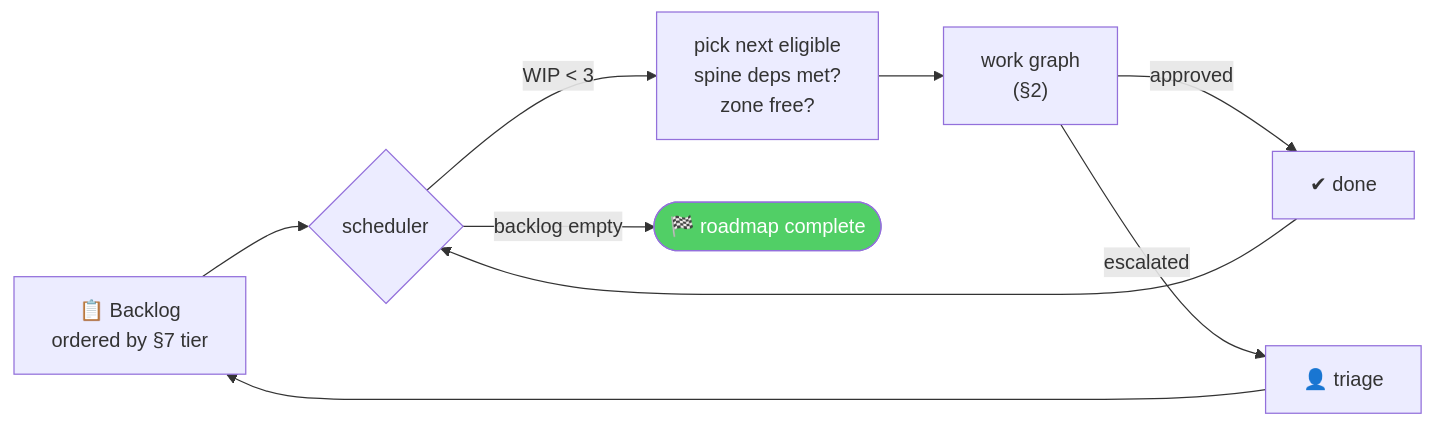
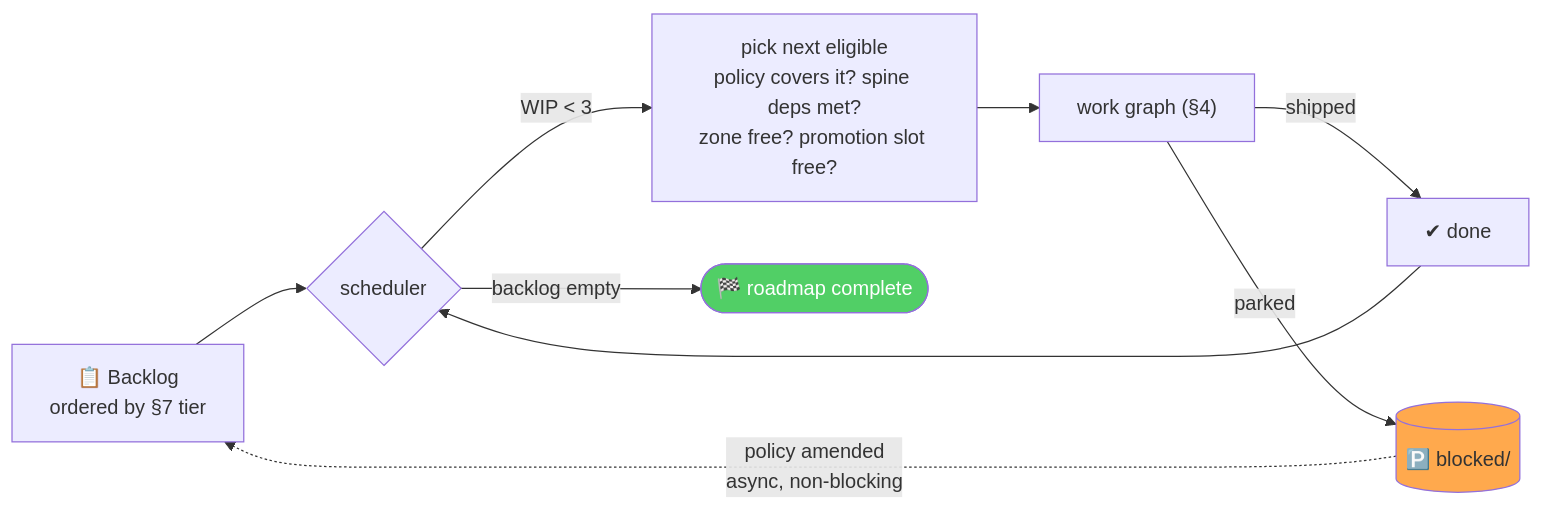
The third of 3 diagrams in docs/agent-execution-graph.md (murad-asaad19/BVisionRY-be-v2), drawn with Mermaid before and after one commit. The commit also changed other lines of this file, not shown here.

First line of the commit message:
Make the execution graph fully autonomous - no human in the loop

````diff
--- a/docs/agent-execution-graph.md
+++ b/docs/agent-execution-graph.md
@@ -217,12 +356,13 @@
 ```mermaid
 flowchart LR
     Q["📋 Backlog<br/>ordered by §7 tier"] --> SCHED{"scheduler"}
-    SCHED -->|"WIP < 3"| PICK["pick next eligible<br/>spine deps met?<br/>zone free?"]
-    PICK --> WG["work graph<br/>(§2)"]
-    WG -->|approved| Q2["✔ done"]
-    WG -->|escalated| HUM["👤 triage"]
-    HUM --> Q
+    SCHED -->|"WIP < 3"| PICK["pick next eligible<br/>policy covers it? spine deps met?<br/>zone free? promotion slot free?"]
+    PICK --> WG["work graph (§4)"]
+    WG -->|shipped| Q2["✔ done"]
+    WG -->|parked| BL[("🅿️ blocked/")]
+    BL -.->|"policy amended<br/>async, non-blocking"| Q
     Q2 --> SCHED
     SCHED -->|"backlog empty"| END(["🏁 roadmap complete"])
     style END fill:#51cf66,color:#fff
+    style BL fill:#ffa94d
 ```
````
